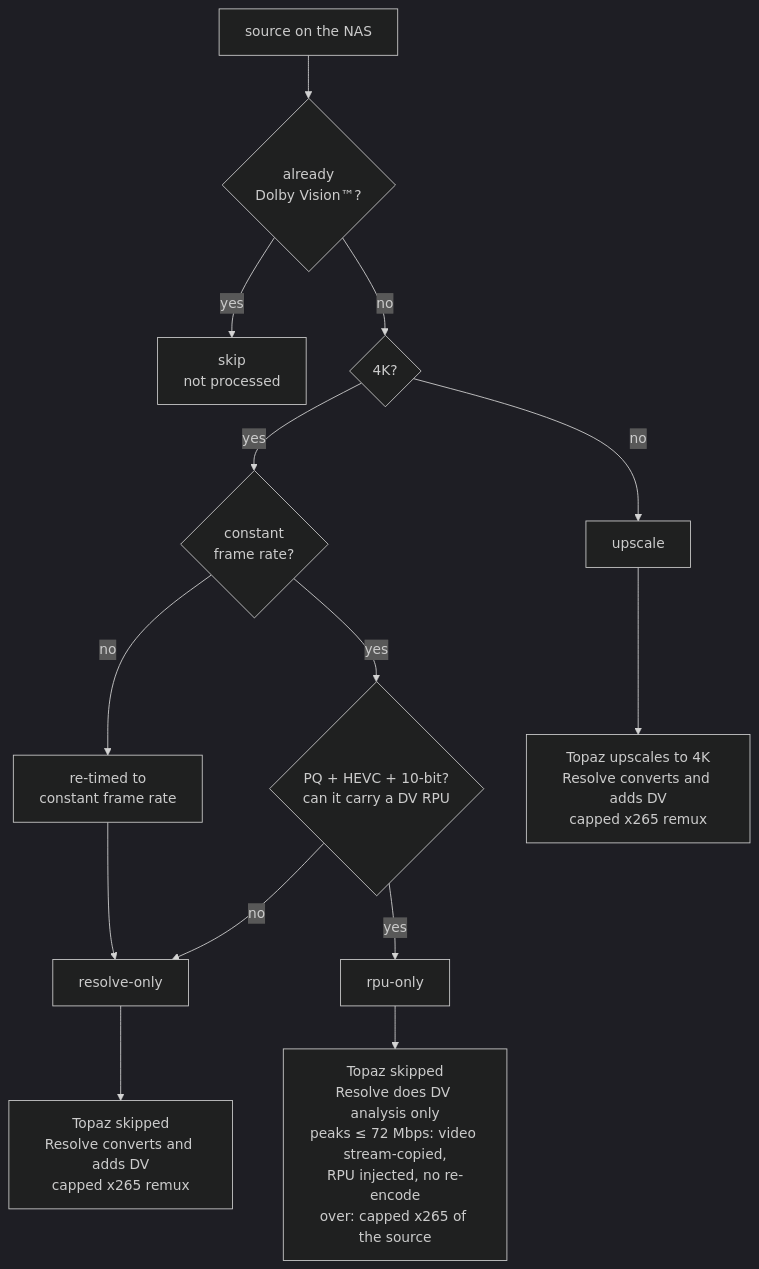
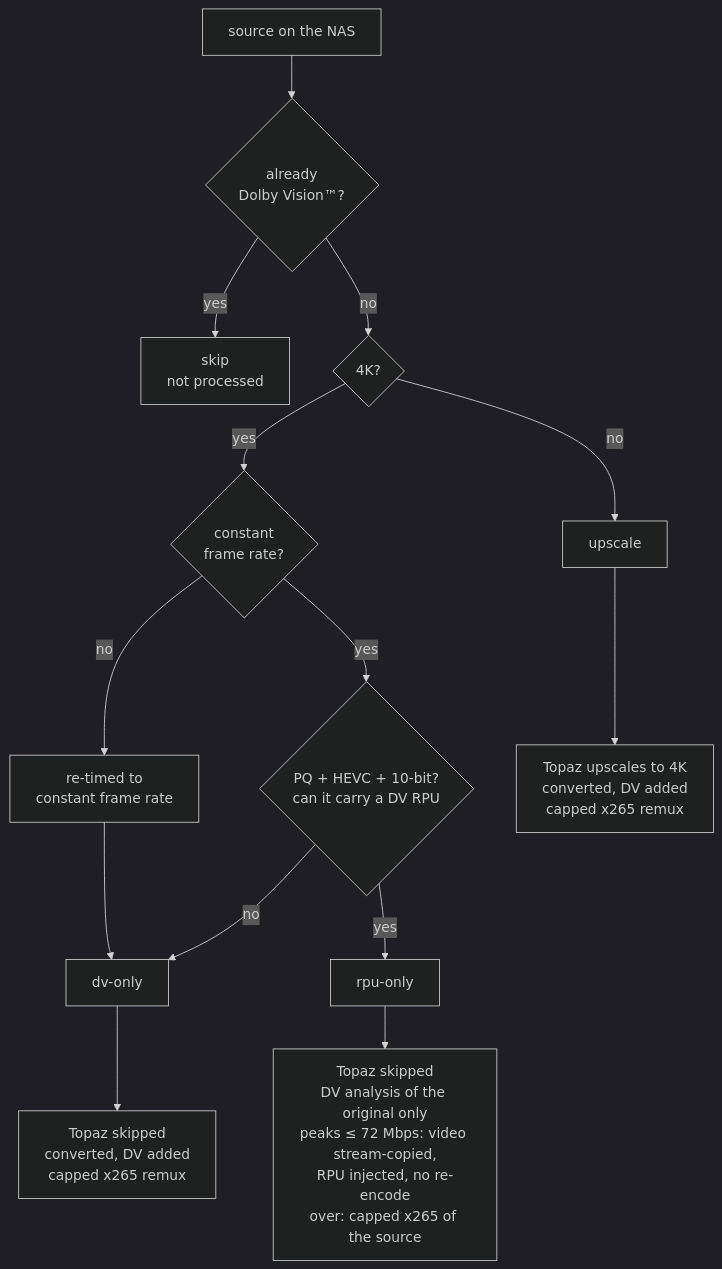
The diagram in README.md (adamkbritsch/visionary), drawn with Mermaid (dark theme) before and after one commit. The commit also changed other lines of this file and 92 other files, not shown here.

````diff
--- a/README.md
+++ b/README.md
@@ -283,17 +276,17 @@
 ```mermaid
 flowchart TD
     S["source on the NAS"] --> DV{"already<br/>Dolby Vision™?"}
     DV -->|yes| SKIP["skip<br/>not processed"]
     DV -->|no| FOURK{"4K?"}
     FOURK -->|no| UPS["upscale"]
     FOURK -->|yes| CFR{"constant<br/>frame rate?"}
     CFR -->|no| RETIME["re-timed to<br/>constant frame rate"]
     RETIME --> CONV
     CFR -->|yes| RPU{"PQ + HEVC + 10-bit?<br/>can it carry a DV RPU"}
     RPU -->|yes| INJ["rpu-only"]
-    RPU -->|no| CONV["resolve-only"]
+    RPU -->|no| CONV["dv-only"]
 
-    INJ --> INJ2["Topaz skipped<br/>Resolve does DV analysis only<br/>peaks &le; 72 Mbps: video stream-copied,<br/>RPU injected, no re-encode<br/>over: capped x265 of the source"]
-    CONV --> CONV2["Topaz skipped<br/>Resolve converts and adds DV<br/>capped x265 remux"]
-    UPS --> UPS2["Topaz upscales to 4K<br/>Resolve converts and adds DV<br/>capped x265 remux"]
+    INJ --> INJ2["Topaz skipped<br/>DV analysis of the original only<br/>peaks &le; 72 Mbps: video stream-copied,<br/>RPU injected, no re-encode<br/>over: capped x265 of the source"]
+    CONV --> CONV2["Topaz skipped<br/>converted, DV added<br/>capped x265 remux"]
+    UPS --> UPS2["Topaz upscales to 4K<br/>converted, DV added<br/>capped x265 remux"]
 ```
````
